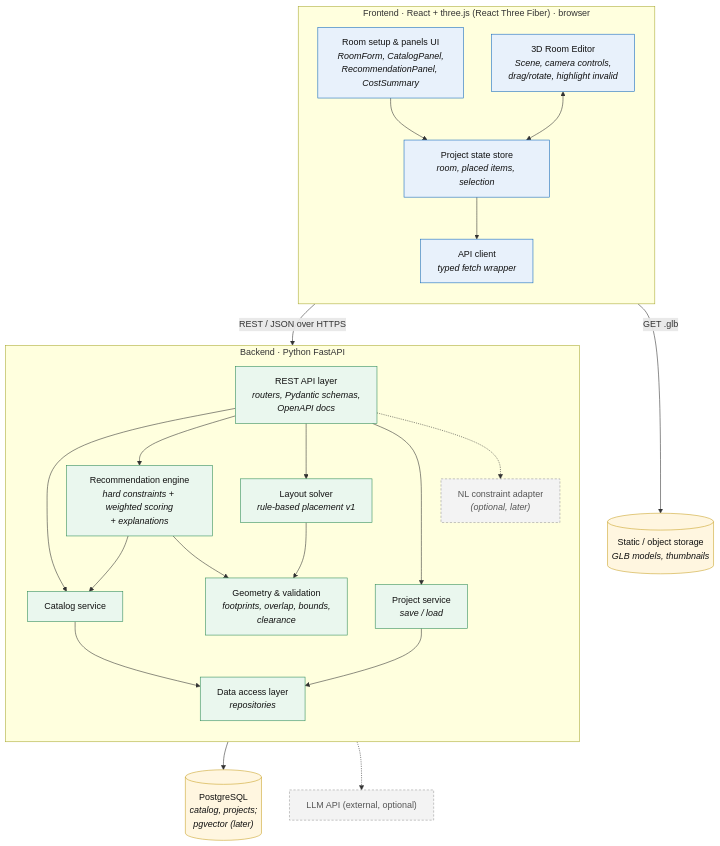
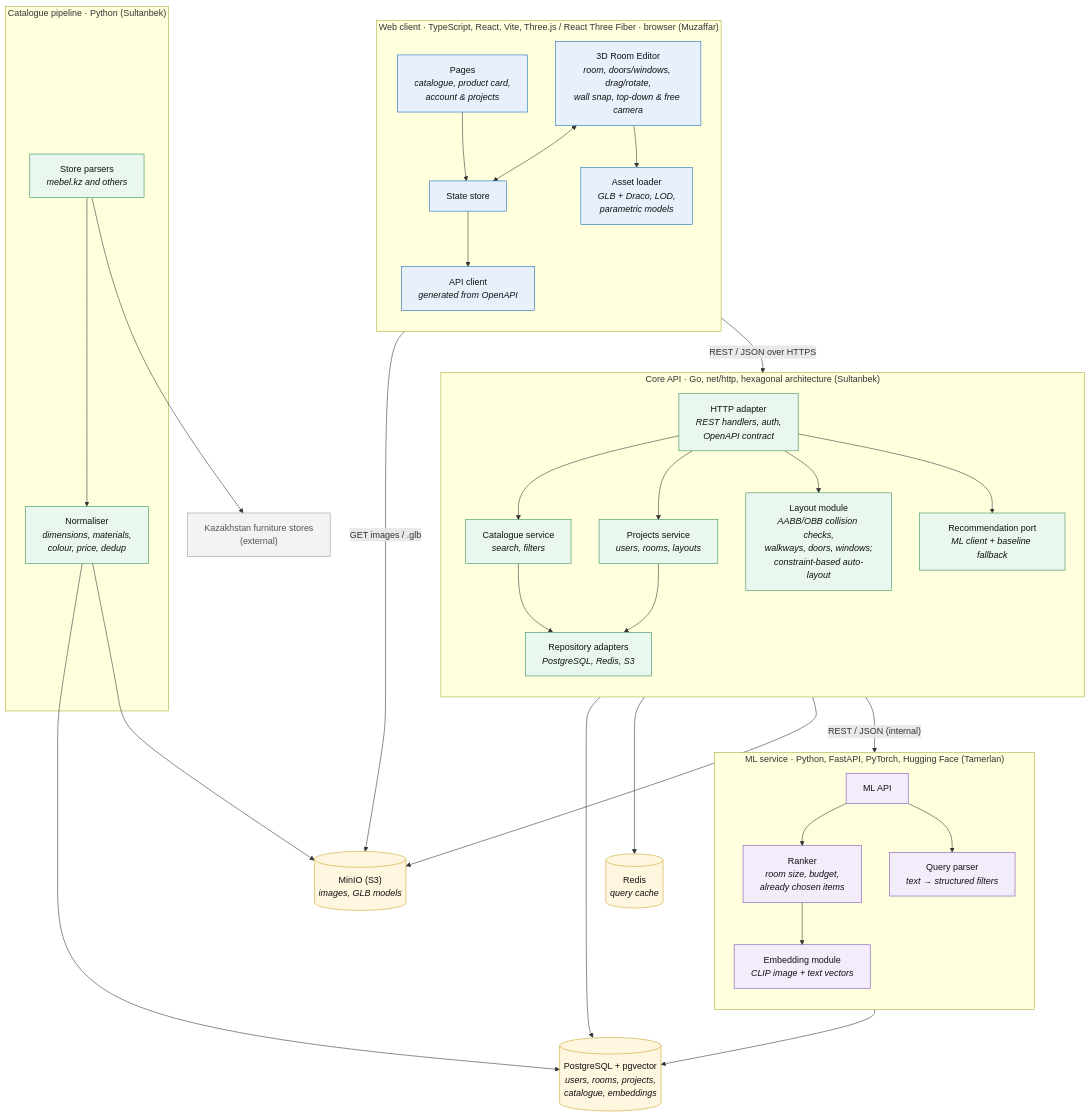
The diagram in docs/diagrams/src/03-component.mmd (a100miles/furniture-diploma), drawn with Mermaid before and after one commit. The commit also changed 9 other files, not shown here.

Commit message:
DIP-8: update architecture doc and diagrams

```diff
--- a/docs/diagrams/src/03-component.mmd
+++ b/docs/diagrams/src/03-component.mmd
@@ -1,52 +1,74 @@
 %% Component diagram (draft) - DIP-8
 flowchart TB
-    subgraph FE["Frontend · React + three.js (React Three Fiber) · browser"]
+    subgraph FE["Web client · TypeScript, React, Vite, Three.js / React Three Fiber · browser (Muzaffar)"]
         direction TB
-        UI["Room setup &amp; panels UI<br/><i>RoomForm, CatalogPanel,<br/>RecommendationPanel, CostSummary</i>"]
-        EDITOR["3D Room Editor<br/><i>Scene, camera controls,<br/>drag/rotate, highlight invalid</i>"]
-        STORE["Project state store<br/><i>room, placed items, selection</i>"]
-        CLIENT["API client<br/><i>typed fetch wrapper</i>"]
-        UI --> STORE
+        PAGES["Pages<br/><i>catalogue, product card,<br/>account &amp; projects</i>"]
+        EDITOR["3D Room Editor<br/><i>room, doors/windows, drag/rotate,<br/>wall snap, top-down &amp; free camera</i>"]
+        ASSETS["Asset loader<br/><i>GLB + Draco, LOD,<br/>parametric models</i>"]
+        STORE["State store"]
+        CLIENT["API client<br/><i>generated from OpenAPI</i>"]
+        PAGES --> STORE
         EDITOR <--> STORE
+        EDITOR --> ASSETS
         STORE --> CLIENT
     end
 
-    subgraph BE["Backend · Python FastAPI"]
+    subgraph API["Core API · Go, net/http, hexagonal architecture (Sultanbek)"]
         direction TB
-        API["REST API layer<br/><i>routers, Pydantic schemas,<br/>OpenAPI docs</i>"]
-        CAT["Catalog service"]
-        REC["Recommendation engine<br/><i>hard constraints + weighted scoring<br/>+ explanations</i>"]
-        LAY["Layout solver<br/><i>rule-based placement v1</i>"]
-        GEO["Geometry &amp; validation<br/><i>footprints, overlap, bounds,<br/>clearance</i>"]
-        PRJ["Project service<br/><i>save / load</i>"]
-        NL["NL constraint adapter<br/><i>(optional, later)</i>"]
-        REPO["Data access layer<br/><i>repositories</i>"]
-        API --> CAT
-        API --> REC
-        API --> LAY
-        API --> PRJ
-        API -.-> NL
-        REC --> CAT
-        REC --> GEO
-        LAY --> GEO
-        CAT --> REPO
-        PRJ --> REPO
+        HTTP["HTTP adapter<br/><i>REST handlers, auth,<br/>OpenAPI contract</i>"]
+        CATS["Catalogue service<br/><i>search, filters</i>"]
+        PROJ["Projects service<br/><i>users, rooms, layouts</i>"]
+        LAYOUT["Layout module<br/><i>AABB/OBB collision checks,<br/>walkways, doors, windows;<br/>constraint-based auto-layout</i>"]
+        RECA["Recommendation port<br/><i>ML client + baseline fallback</i>"]
+        REPO["Repository adapters<br/><i>PostgreSQL, Redis, S3</i>"]
+        HTTP --> CATS
+        HTTP --> PROJ
+        HTTP --> LAYOUT
+        HTTP --> RECA
+        CATS --> REPO
+        PROJ --> REPO
     end
 
-    DB[("PostgreSQL<br/><i>catalog, projects;<br/>pgvector (later)</i>")]
-    FILES[("Static / object storage<br/><i>GLB models, thumbnails</i>")]
-    LLMX["LLM API (external, optional)"]
+    subgraph ML["ML service · Python, FastAPI, PyTorch, Hugging Face (Tamerlan)"]
+        direction TB
+        MLAPI["ML API"]
+        EMB["Embedding module<br/><i>CLIP image + text vectors</i>"]
+        RANK["Ranker<br/><i>room size, budget,<br/>already chosen items</i>"]
+        NLQ["Query parser<br/><i>text → structured filters</i>"]
+        MLAPI --> RANK
+        MLAPI --> NLQ
+        RANK --> EMB
+    end
 
-    CLIENT -- "REST / JSON over HTTPS" --> API
-    EDITOR -- "GET .glb" --> FILES
+    subgraph ETL["Catalogue pipeline · Python (Sultanbek)"]
+        PARSE["Store parsers<br/><i>mebel.kz and others</i>"]
+        NORM["Normaliser<br/><i>dimensions, materials,<br/>colour, price, dedup</i>"]
+        PARSE --> NORM
+    end
+
+    DB[("PostgreSQL + pgvector<br/><i>users, rooms, projects,<br/>catalogue, embeddings</i>")]
+    CACHE[("Redis<br/><i>query cache</i>")]
+    S3[("MinIO (S3)<br/><i>images, GLB models</i>")]
+    STORES["Kazakhstan furniture stores<br/>(external)"]
+
+    CLIENT -- "REST / JSON over HTTPS" --> HTTP
+    ASSETS -- "GET images / .glb" --> S3
+    RECA -- "REST / JSON (internal)" --> MLAPI
     REPO --> DB
-    NL -.-> LLMX
+    REPO --> CACHE
+    REPO --> S3
+    EMB --> DB
+    NORM --> DB
+    NORM --> S3
+    PARSE --> STORES
 
     classDef fe fill:#e8f1fb,stroke:#1168bd,color:#111
     classDef be fill:#eaf7ee,stroke:#2e8b57,color:#111
+    classDef ml fill:#f3ecfb,stroke:#7b4bb7,color:#111
     classDef store fill:#fff6e0,stroke:#c9a227,color:#111
-    classDef opt fill:#f3f3f3,stroke:#999,color:#555,stroke-dasharray: 4 3
-    class UI,EDITOR,STORE,CLIENT fe
-    class API,CAT,REC,LAY,GEO,PRJ,REPO be
-    class DB,FILES store
-    class NL,LLMX opt
+    classDef ext fill:#f3f3f3,stroke:#999,color:#555
+    class PAGES,EDITOR,ASSETS,STORE,CLIENT fe
+    class HTTP,CATS,PROJ,LAYOUT,RECA,REPO,PARSE,NORM be
+    class MLAPI,EMB,RANK,NLQ ml
+    class DB,CACHE,S3 store
+    class STORES ext
```
